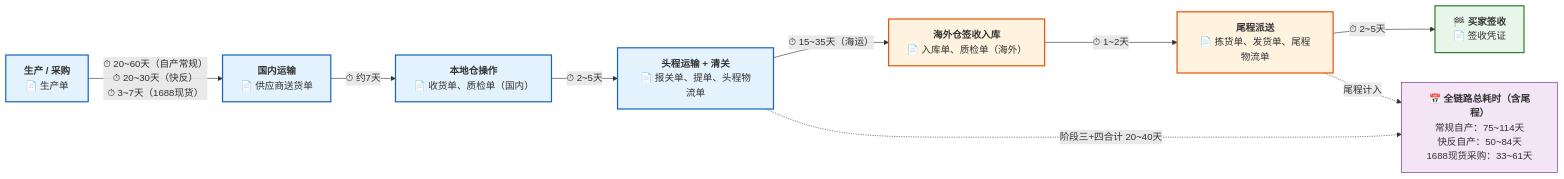
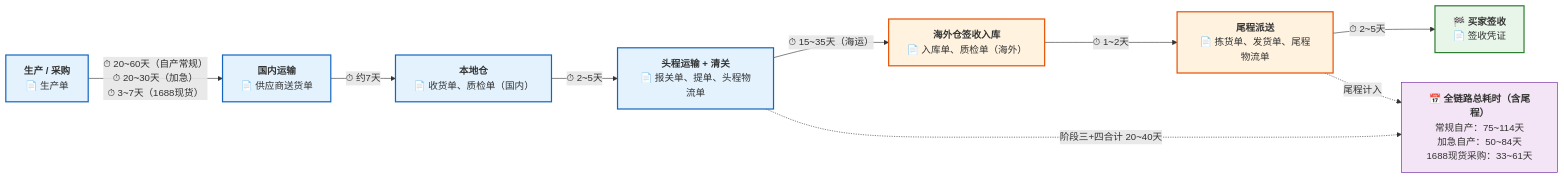
The diagram in README.md (nxt-t/skills-communicate-using-markdown), drawn with Mermaid before and after one commit.

````diff
--- a/README.md
+++ b/README.md
@@ -1,26 +1,26 @@
 ```mermaid
 flowchart LR
     classDef china_style fill:#e3f2fd,stroke:#1565c0,stroke-width:2px;
     classDef abroad_style fill:#fff3e0,stroke:#e65100,stroke-width:2px;
     classDef end_style fill:#e8f5e9,stroke:#2e7d32,stroke-width:2px;
     classDef note_style fill:#f3e5f5,stroke:#6a1b9a,stroke-width:1px,dashed;
 
     A["<b>生产 / 采购</b><br>📄 生产单"]:::china_style
     B["<b>国内运输</b><br>📄 供应商送货单"]:::china_style
-    C["<b>本地仓操作</b><br>📄 收货单、质检单（国内）"]:::china_style
+    C["<b>本地仓</b><br>📄 收货单、质检单（国内）"]:::china_style
     D["<b>头程运输 + 清关</b><br>📄 报关单、提单、头程物流单"]:::china_style
     E["<b>海外仓签收入库</b><br>📄 入库单、质检单（海外）"]:::abroad_style
     F["<b>尾程派送</b><br>📄 拣货单、发货单、尾程物流单"]:::abroad_style
     G["<b>🏁 买家签收</b><br>📄 签收凭证"]:::end_style
 
-    A -->|⏱ 20~60天（自产常规）<br>⏱ 20~30天（快反）<br>⏱ 3~7天（1688现货）| B
+    A -->|⏱ 20~60天（自产常规）<br>⏱ 20~30天（加急）<br>⏱ 3~7天（1688现货）| B
     B -->|⏱ 约7天| C
     C -->|⏱ 2~5天| D
     D -->|⏱ 15~35天（海运）| E
     E -->|⏱ 1~2天| F
     F -->|⏱ 2~5天| G
 
-    H["<b>📅 全链路总耗时（含尾程）</b><br>常规自产：75~114天<br>快反自产：50~84天<br>1688现货采购：33~61天"]:::note_style
+    H["<b>📅 全链路总耗时（含尾程）</b><br>常规自产：75~114天<br>加急自产：50~84天<br>1688现货采购：33~61天"]:::note_style
     D -.->|阶段三+四合计 20~40天| H
     F -.->|尾程计入| H
 ```
````
